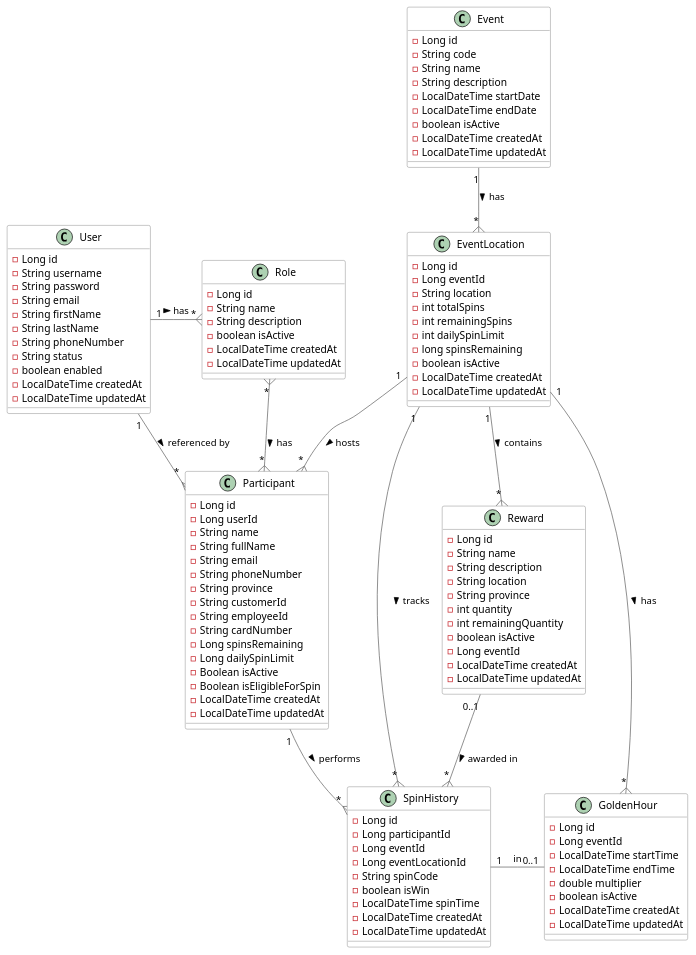
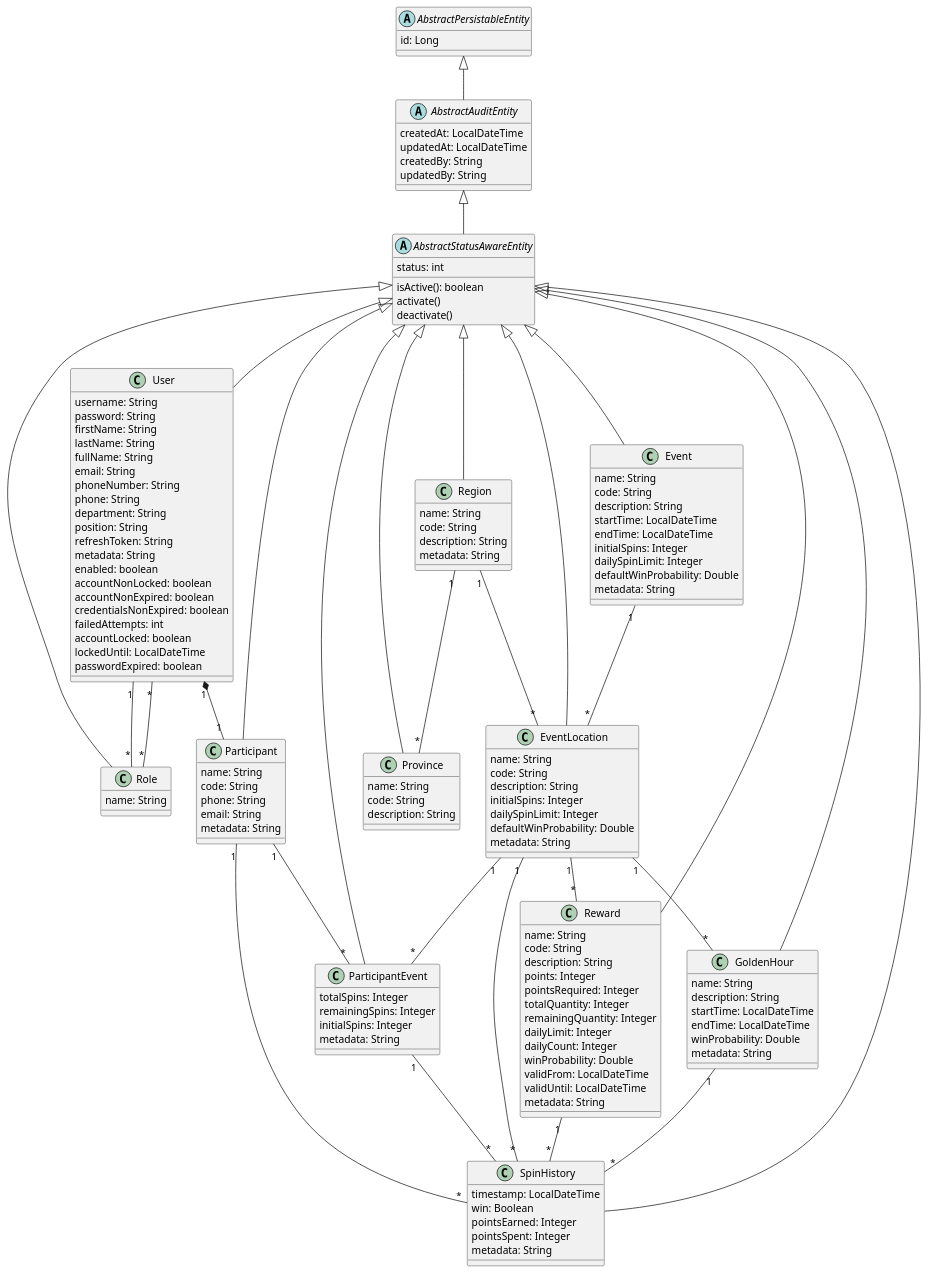
One commit to dnguyenminh/luckydraw-cline changed the diagram in src/main/resources/diagram/entities.puml. Above: the diagram before and after it, drawn with PlantUML. The commit also changed 335 other files, not shown here.

```diff
--- a/src/main/resources/diagram/entities.puml
+++ b/src/main/resources/diagram/entities.puml
@@ -1,128 +1,165 @@
-@startuml Luckydraw Entities
+@startuml Entities
 
-' Style settings
-skinparam class {
-    BackgroundColor white
-    ArrowColor #666666
-    BorderColor #666666
+' Abstract base entities
+abstract class AbstractPersistableEntity {
+    id: Long
 }
 
-' Entities
+abstract class AbstractAuditEntity {
+    createdAt: LocalDateTime
+    updatedAt: LocalDateTime
+    createdBy: String
+    updatedBy: String
+}
+
+abstract class AbstractStatusAwareEntity {
+    status: int
+    isActive(): boolean
+    activate()
+    deactivate()
+}
+
+' Main entities
 class User {
-    -Long id
-    -String username
-    -String password
-    -String email
-    -String firstName
-    -String lastName
-    -String phoneNumber
-    -String status
-    -boolean enabled
-    -LocalDateTime createdAt
-    -LocalDateTime updatedAt
+    username: String
+    password: String
+    firstName: String
+    lastName: String
+    fullName: String
+    email: String
+    phoneNumber: String
+    phone: String
+    department: String
+    position: String
+    refreshToken: String
+    metadata: String
+    enabled: boolean
+    accountNonLocked: boolean
+    accountNonExpired: boolean
+    credentialsNonExpired: boolean
+    failedAttempts: int
+    accountLocked: boolean
+    lockedUntil: LocalDateTime
+    passwordExpired: boolean
 }
 
 class Role {
-    -Long id
-    -String name 
-    -String description
-    -boolean isActive
-    -LocalDateTime createdAt 
-    -LocalDateTime updatedAt
+    name: String
 }
 
 class Event {
-    -Long id
-    -String code
-    -String name
-    -String description
-    -LocalDateTime startDate
-    -LocalDateTime endDate
-    -boolean isActive
-    -LocalDateTime createdAt
-    -LocalDateTime updatedAt
+    name: String
+    code: String
+    description: String
+    startTime: LocalDateTime
+    endTime: LocalDateTime
+    initialSpins: Integer
+    dailySpinLimit: Integer
+    defaultWinProbability: Double
+    metadata: String
 }
 
 class EventLocation {
-    -Long id
-    -Long eventId
-    -String location
-    -int totalSpins
-    -int remainingSpins
-    -int dailySpinLimit
-    -long spinsRemaining
-    -boolean isActive
-    -LocalDateTime createdAt
-    -LocalDateTime updatedAt
+    name: String
+    code: String
+    description: String
+    initialSpins: Integer
+    dailySpinLimit: Integer
+    defaultWinProbability: Double
+    metadata: String
+}
+
+class Region {
+    name: String
+    code: String
+    description: String
+    metadata: String
+}
+
+class Province {
+    name: String
+    code: String
+    description: String
 }
 
 class Participant {
-    -Long id
-    -Long userId
-    -String name
-    -String fullName
-    -String email
-    -String phoneNumber
-    -String province
-    -String customerId
-    -String employeeId
-    -String cardNumber
-    -Long spinsRemaining
-    -Long dailySpinLimit
-    -Boolean isActive
-    -Boolean isEligibleForSpin
-    -LocalDateTime createdAt
-    -LocalDateTime updatedAt
+    name: String
+    code: String
+    phone: String
+    email: String
+    metadata: String
+}
+
+class ParticipantEvent {
+    totalSpins: Integer
+    remainingSpins: Integer
+    initialSpins: Integer
+    metadata: String
 }
 
 class Reward {
-    -Long id
-    -String name
-    -String description
-    -String location
-    -String province
-    -int quantity
-    -int remainingQuantity
-    -boolean isActive
-    -Long eventId
-    -LocalDateTime createdAt
-    -LocalDateTime updatedAt
+    name: String
+    code: String
+    description: String
+    points: Integer
+    pointsRequired: Integer
+    totalQuantity: Integer
+    remainingQuantity: Integer
+    dailyLimit: Integer
+    dailyCount: Integer
+    winProbability: Double
+    validFrom: LocalDateTime
+    validUntil: LocalDateTime
+    metadata: String
+}
+
+class GoldenHour {
+    name: String
+    description: String
+    startTime: LocalDateTime
+    endTime: LocalDateTime
+    winProbability: Double
+    metadata: String
 }
 
 class SpinHistory {
-    -Long id
-    -Long participantId
-    -Long eventId
-    -Long eventLocationId
-    -String spinCode
-    -boolean isWin
-    -LocalDateTime spinTime
-    -LocalDateTime createdAt
-    -LocalDateTime updatedAt
+    timestamp: LocalDateTime
+    win: Boolean
+    pointsEarned: Integer
+    pointsSpent: Integer
+    metadata: String
 }
 
-class GoldenHour {
-    -Long id
-    -Long eventId
-    -LocalDateTime startTime
-    -LocalDateTime endTime
-    -double multiplier
-    -boolean isActive
-    -LocalDateTime createdAt
-    -LocalDateTime updatedAt
-}
+' Inheritance relationships
+AbstractPersistableEntity <|-- AbstractAuditEntity
+AbstractAuditEntity <|-- AbstractStatusAwareEntity
+AbstractStatusAwareEntity <|-- User
+AbstractStatusAwareEntity <|-- Role
+AbstractStatusAwareEntity <|-- Event
+AbstractStatusAwareEntity <|-- EventLocation
+AbstractStatusAwareEntity <|-- Region
+AbstractStatusAwareEntity <|-- Province
+AbstractStatusAwareEntity <|-- Participant
+AbstractStatusAwareEntity <|-- ParticipantEvent
+AbstractStatusAwareEntity <|-- Reward
+AbstractStatusAwareEntity <|-- GoldenHour
+AbstractStatusAwareEntity <|-- SpinHistory
 
-' Relationships
-User "1" -{ "*" Role : has >
-User "1" --{ "*" Participant : referenced by >
-Role "*" }--{ "*" Participant : has >
-Event "1" --{ "*" EventLocation : has >
-EventLocation "1" --{ "*" Participant : hosts >
-EventLocation "1" --{ "*" SpinHistory : tracks >
-EventLocation "1" --{ "*" Reward : contains >
-EventLocation "1" -{ "*" GoldenHour : has >
-Participant "1" --{ "*" SpinHistory : performs >
-Reward "0..1" --{ "*" SpinHistory : awarded in >
-SpinHistory "1" - "0..1" GoldenHour : in
+' Entity relationships
+User "1" *-- "1" Participant
+User "1" -- "*" Role
+Role "*" -- "*" User
+Event "1" -- "*" EventLocation
+EventLocation "1" -- "*" ParticipantEvent
+EventLocation "1" -- "*" Reward
+EventLocation "1" -- "*" GoldenHour
+EventLocation "1" -- "*" SpinHistory
+Region "1" -- "*" Province
+Region "1" -- "*" EventLocation
+Participant "1" -- "*" ParticipantEvent
+Participant "1" -- "*" SpinHistory
+ParticipantEvent "1" -- "*" SpinHistory
+Reward "1" -- "*" SpinHistory
+GoldenHour "1" -- "*" SpinHistory
 
 @enduml
```
